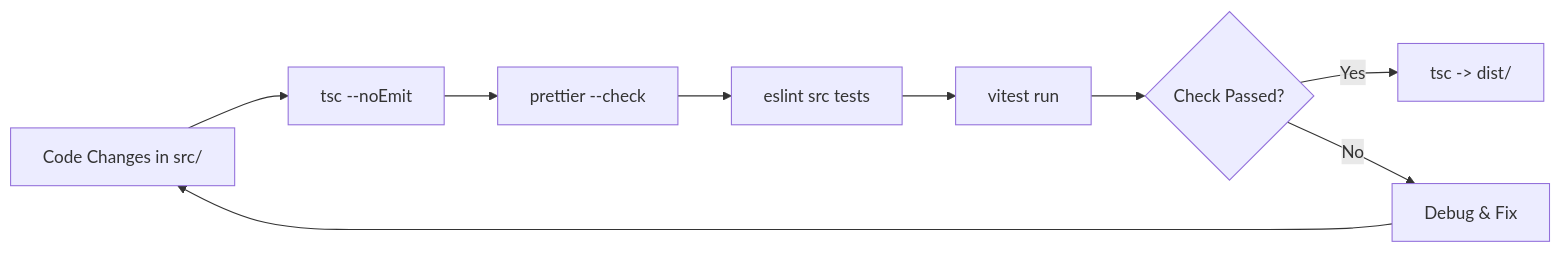
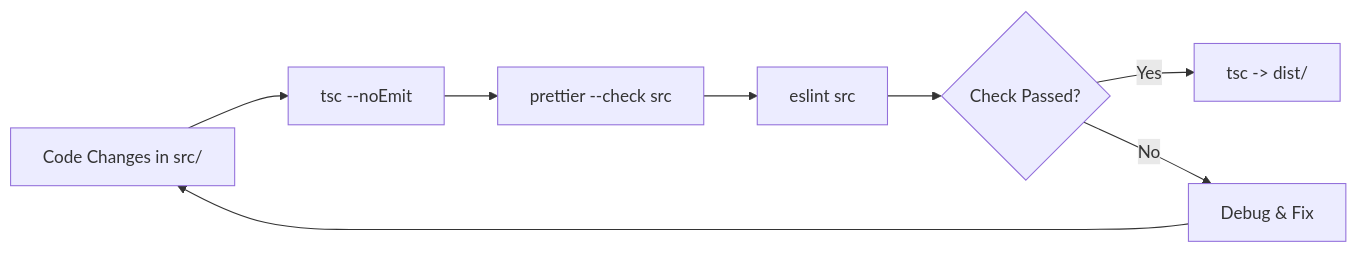
The diagram in wiki/Development-and-Testing.md (HELIX-Origin/Discord-RSS), drawn with Mermaid before and after one commit. The commit also changed other lines of this file and 54 other files, not shown here.

````diff
--- a/wiki/Development-and-Testing.md
+++ b/wiki/Development-and-Testing.md
@@ -5,11 +5,10 @@
 ```mermaid
 flowchart LR
     Dev["Code Changes in src/"] --> TypeCheck["tsc --noEmit"]
-    TypeCheck --> FormatCheck["prettier --check"]
-    FormatCheck --> Lint["eslint src tests"]
-    Lint --> Vitest["vitest run"]
-    Vitest --> VerifyOK{"Check Passed?"}
+    TypeCheck --> FormatCheck["prettier --check src"]
+    FormatCheck --> Lint["eslint src"]
+    Lint --> VerifyOK{"Check Passed?"}
     VerifyOK -->|Yes| Build["tsc -> dist/"]
     VerifyOK -->|No| Fix["Debug & Fix"]
     Fix --> Dev
 ```
````
